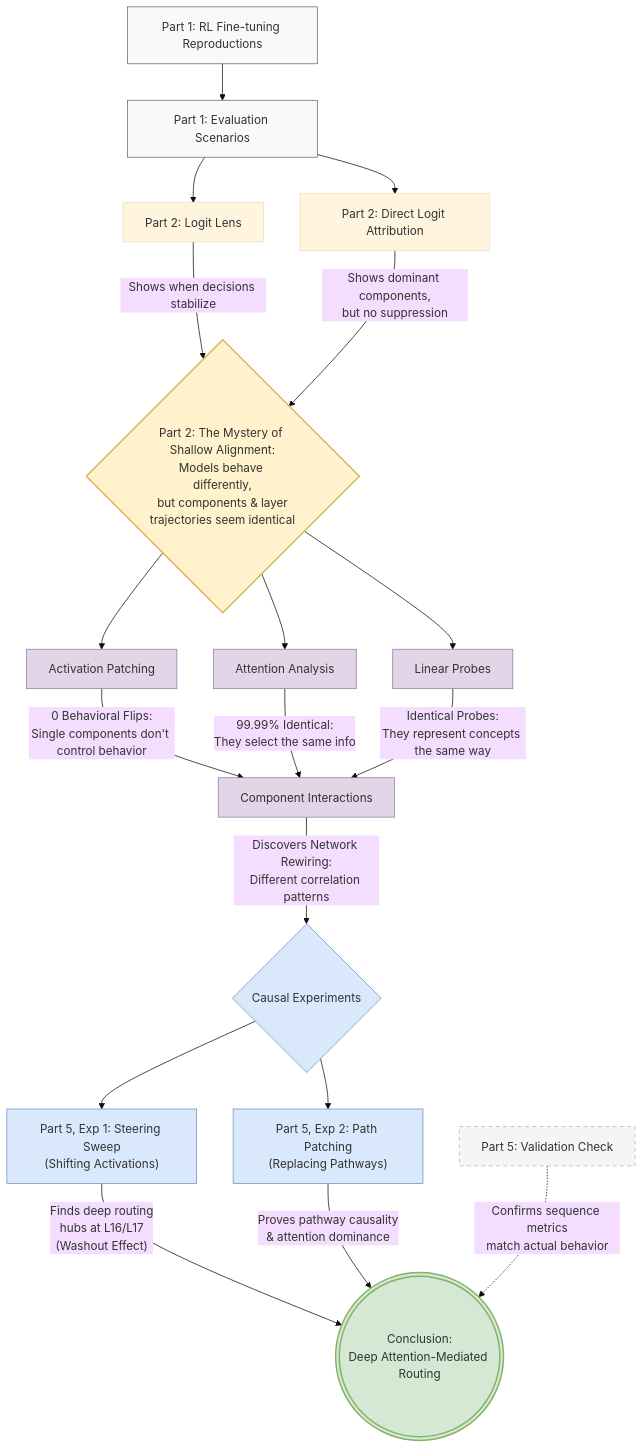
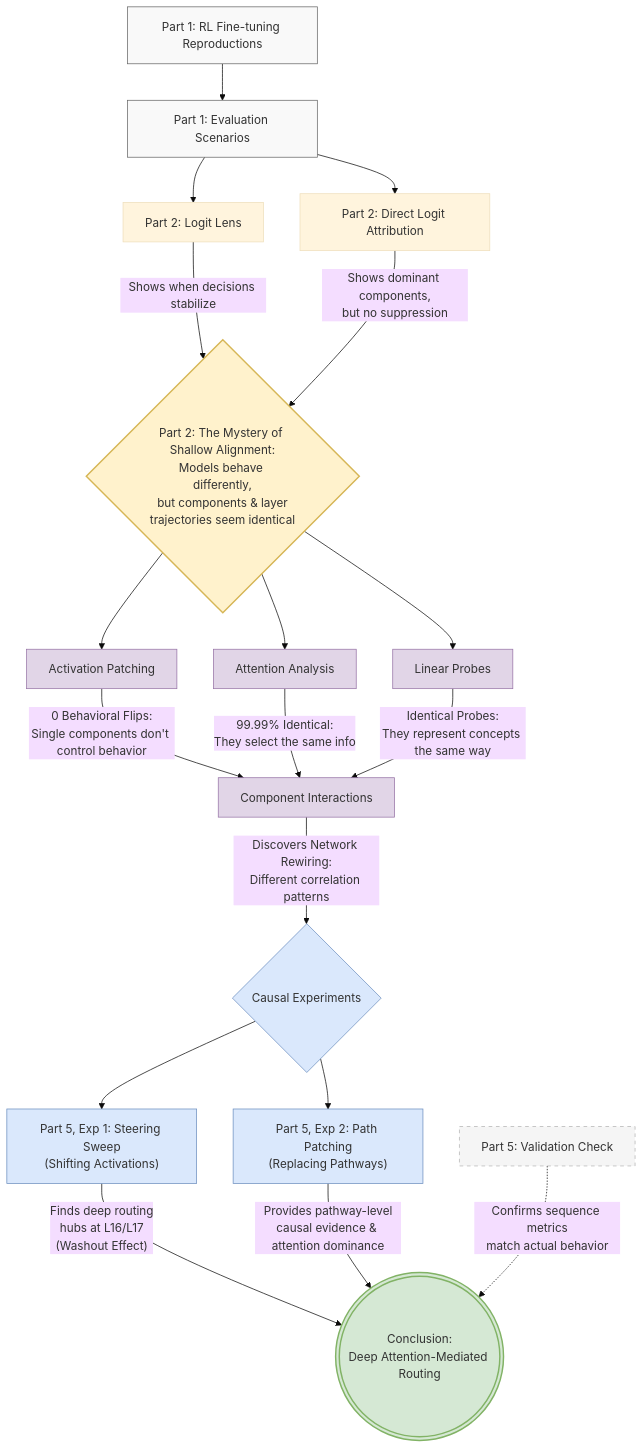
Before and after one commit to tylercrosse/LLM_morality: the fifth of 5 diagrams in WRITE_UP.md, drawn with Mermaid (base theme). The commit also changed other lines of this file, not shown here.

````diff
--- a/WRITE_UP.md
+++ b/WRITE_UP.md
@@ -694,57 +695,57 @@
 ```mermaid
 graph TD
     classDef setup fill:#f9f9f9,stroke:#666,stroke-width:1px;
     classDef feature fill:#fff2cc,stroke:#d6b656,stroke-width:2px;
     classDef test fill:#e1d5e7,stroke:#9673a6,stroke-width:1px;
     classDef causal fill:#dae8fc,stroke:#6c8ebf,stroke-width:1px;
     classDef conclusion fill:#d5e8d4,stroke:#82b366,stroke-width:2px;
     classDef validation fill:#f5f5f5,stroke:#b3b3b3,stroke-width:1px,stroke-dasharray: 5 5;
 
     %% Base Setup
     FT[Part 1: RL Fine-tuning Reproductions] --> Eval[Part 1: Evaluation Scenarios]
     Eval --> LL[Part 2: Logit Lens]
     Eval --> DLA[Part 2: Direct Logit Attribution]
 
     class FT,Eval setup;
 
     %% The Mystery
     LL -- Shows when decisions stabilize --> Mystery{Part 2: The Mystery of Shallow Alignment:<br>Models behave differently,<br>but components & layer<br>trajectories seem identical}
     DLA -- Shows dominant components,<br>but no suppression --> Mystery
 
     class Mystery feature;
 
     %% Hypothesis Testing
     Mystery --> AP[Activation Patching]
     Mystery --> Attn[Attention Analysis]
     Mystery --> Probes[Linear Probes]
 
     class AP,Attn,Probes test;
 
     %% Null Results -> New Hypothesis
     AP -- "0 Behavioral Flips:<br>Single components don't control behavior" --> Interact[Component Interactions]
     Attn -- "99.99% Identical:<br>They select the same info" --> Interact
     Probes -- "Identical Probes:<br>They represent concepts the same way" --> Interact
 
     class Interact test;
 
     %% The Breakthrough
     Interact -- "Discovers Network Rewiring:<br>Different correlation patterns" --> Causal{Causal Experiments}
 
     class Causal causal;
 
     %% Testing the Mechanism
     Causal --> Exp1["Part 5, Exp 1: Steering Sweep<br>(Shifting Activations)"]
     Causal --> Exp2["Part 5, Exp 2: Path Patching<br>(Replacing Pathways)"]
 
     class Exp1,Exp2 causal;
 
     %% Final Conclusions
     Exp1 -- Finds deep routing<br>hubs at L16/L17<br>(Washout Effect) --> Conclusion(((Conclusion:<br>Deep Attention-Mediated Routing)))
-    Exp2 -- Proves pathway causality<br>& attention dominance --> Conclusion
+    Exp2 -- Provides pathway-level<br>causal evidence & attention dominance --> Conclusion
 
     %% Validation
     Val[Part 5: Validation Check] -. Confirms sequence metrics<br>match actual behavior .-> Conclusion
 
     class Conclusion conclusion;
     class Val validation;
 ```
````
